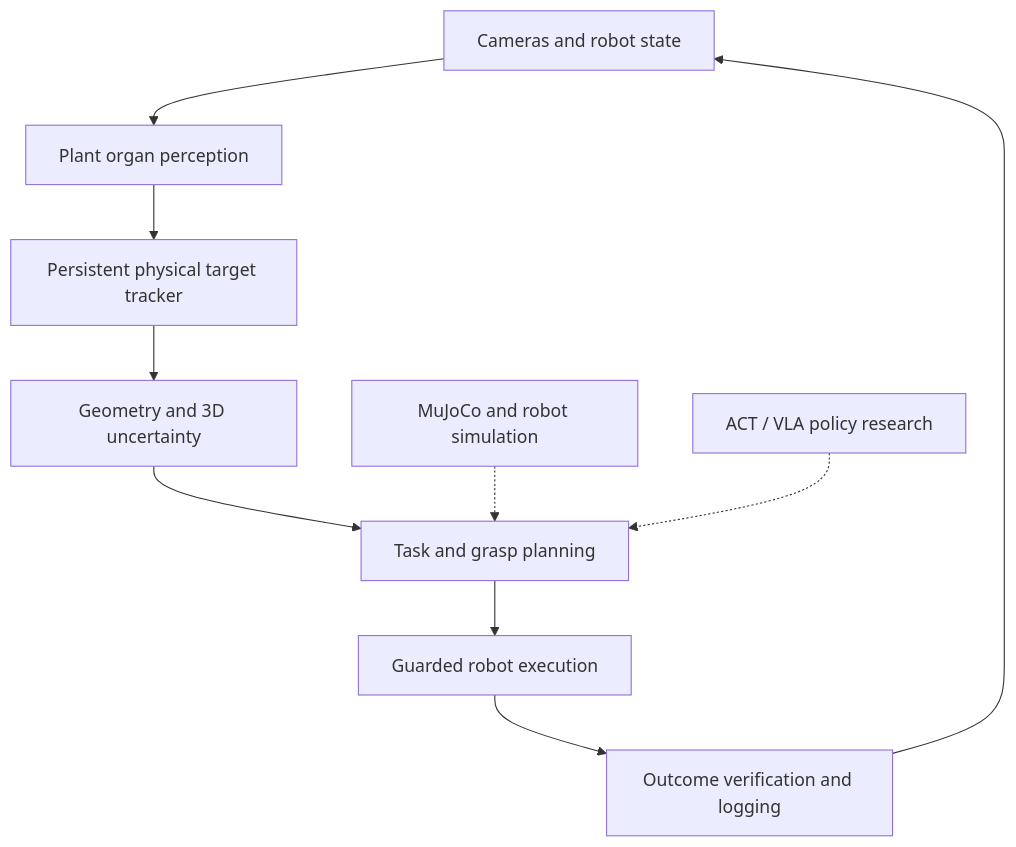
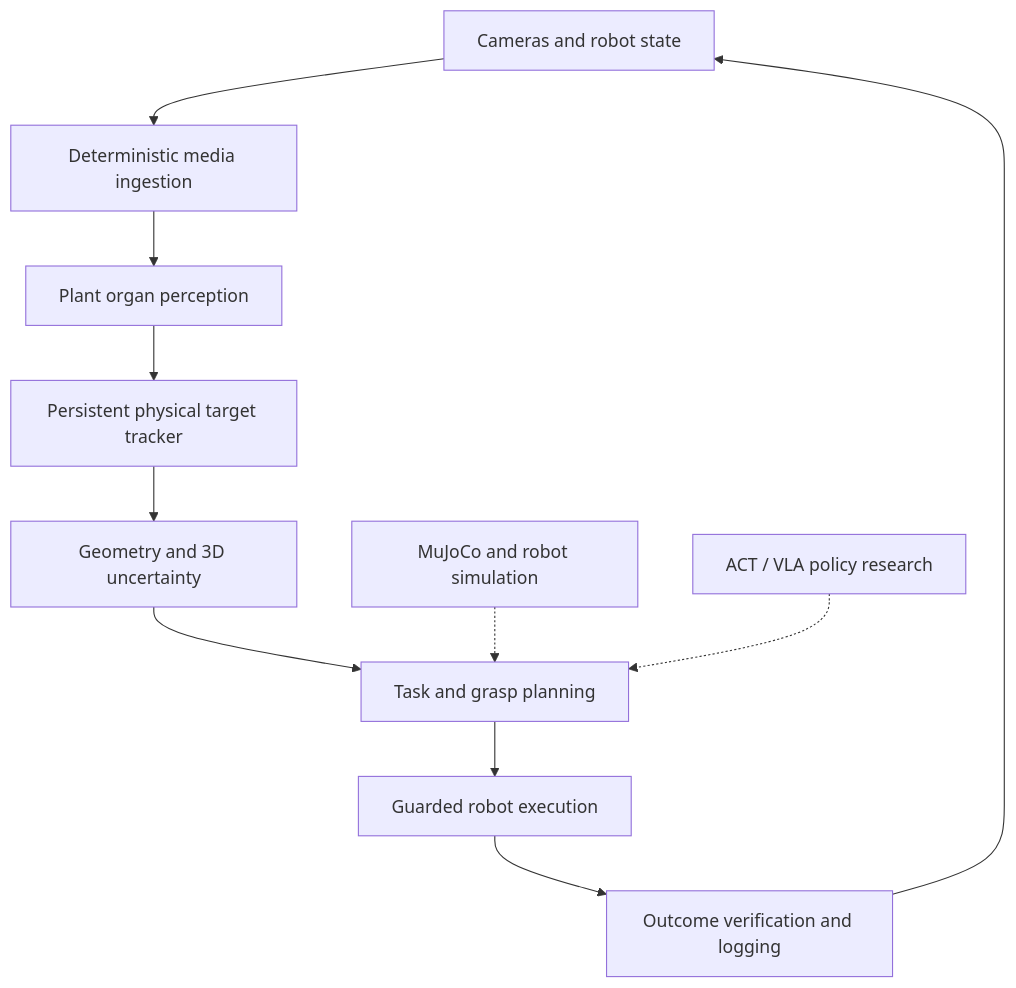
One commit to ammarajmal/plant-robotics-lab changed the diagram in docs/architecture/system_overview.md. Above: the diagram before and after it, drawn with Mermaid. The commit also changed other lines of this file and 8 other files, not shown here.

````diff
--- a/docs/architecture/system_overview.md
+++ b/docs/architecture/system_overview.md
@@ -3,12 +3,13 @@
 ```mermaid
 flowchart TD
-  S[Cameras and robot state] --> P[Plant organ perception]
+  S[Cameras and robot state] --> I[Deterministic media ingestion]
+  I --> P[Plant organ perception]
   P --> T[Persistent physical target tracker]
   T --> G[Geometry and 3D uncertainty]
   G --> D[Task and grasp planning]
   D --> X[Guarded robot execution]
   X --> V[Outcome verification and logging]
   V --> S
   SIM[MuJoCo and robot simulation] -.-> D
   POLICY[ACT / VLA policy research] -.-> D
 ```
````
